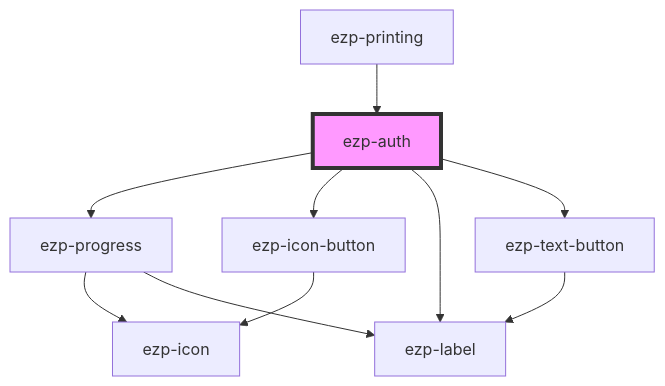
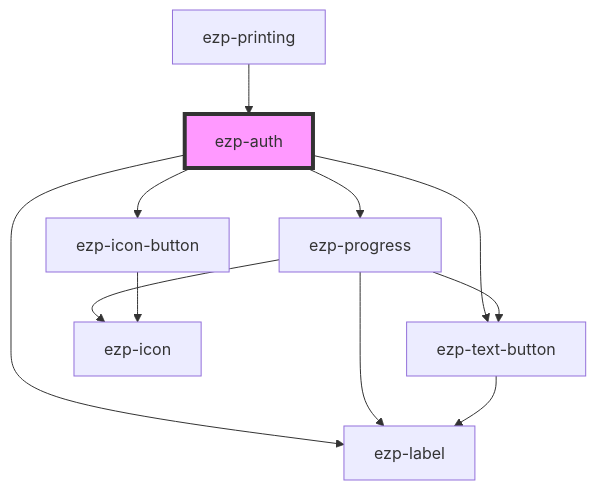
The diagram in src/components/ezp-auth/readme.md (ezeep/ezeep-js), drawn with Mermaid before and after one commit. The commit also changed 5 other files, not shown here.

````diff
--- a/src/components/ezp-auth/readme.md
+++ b/src/components/ezp-auth/readme.md
@@ -35,13 +35,14 @@
 ```mermaid
 graph TD;
   ezp-auth --> ezp-progress
   ezp-auth --> ezp-icon-button
   ezp-auth --> ezp-label
   ezp-auth --> ezp-text-button
   ezp-progress --> ezp-icon
   ezp-progress --> ezp-label
+  ezp-progress --> ezp-text-button
+  ezp-text-button --> ezp-label
   ezp-icon-button --> ezp-icon
-  ezp-text-button --> ezp-label
   ezp-printing --> ezp-auth
   style ezp-auth fill:#f9f,stroke:#333,stroke-width:4px
 ```
````
